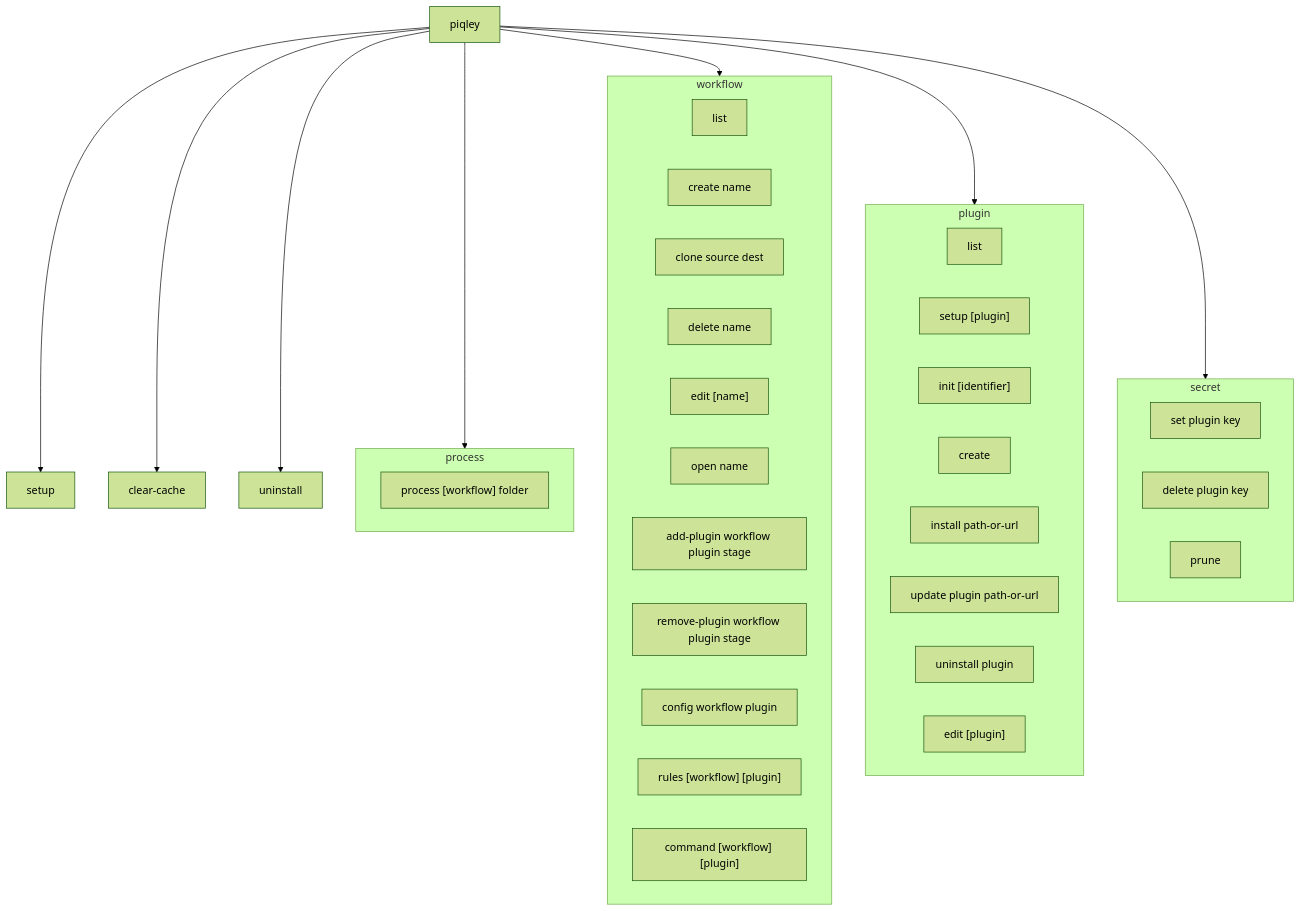
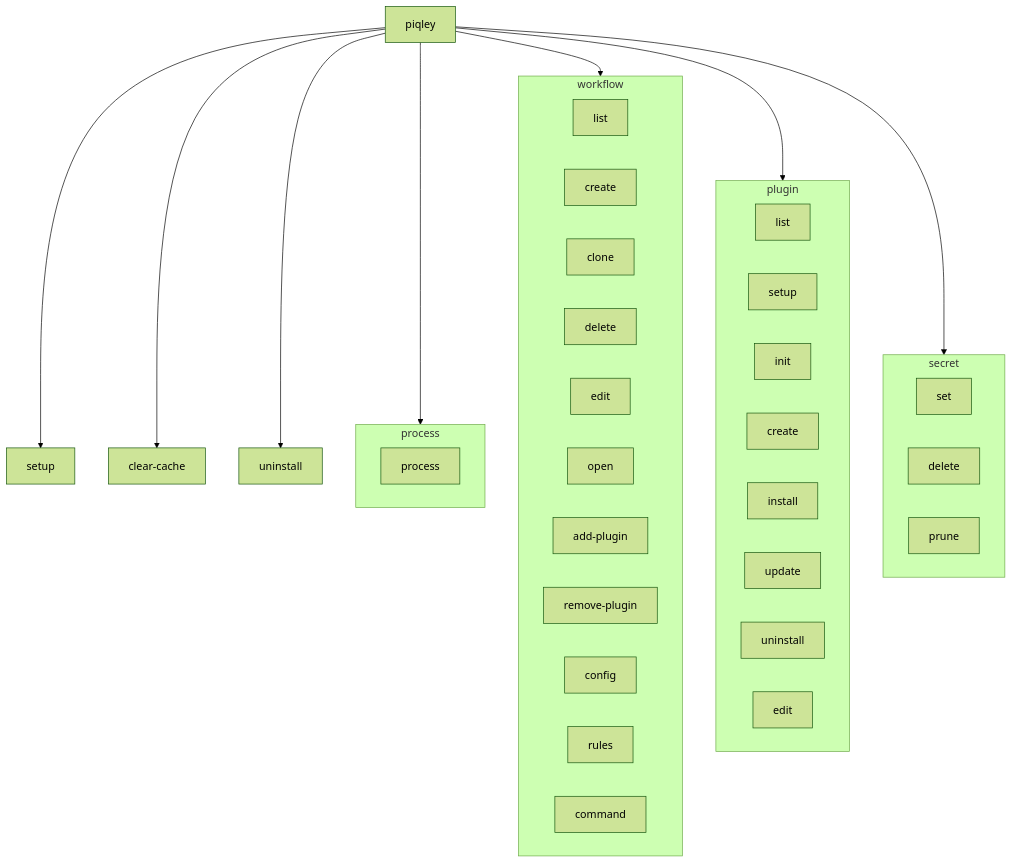
Before and after one commit to josephquigley/piqley-cli: the first of 3 diagrams in docs/architecture/cli-commands.md, drawn with Mermaid (forest theme). The commit also changed other lines of this file and 4 other files, not shown here.

First line of the commit message:
fix: shorten mermaid diagram labels to prevent clipping

````diff
--- a/docs/architecture/cli-commands.md
+++ b/docs/architecture/cli-commands.md
@@ -7,51 +7,51 @@
 ```mermaid
 graph TD
     piqley[piqley]
 
     subgraph process_group["process"]
-        process["process [workflow] folder"]
+        process["process"]
     end
 
     subgraph workflow_group["workflow"]
         wf_list["list"]
-        wf_create["create name"]
-        wf_clone["clone source dest"]
-        wf_delete["delete name"]
-        wf_edit["edit [name]"]
-        wf_open["open name"]
-        wf_add_plugin["add-plugin workflow plugin stage"]
-        wf_remove_plugin["remove-plugin workflow plugin stage"]
-        wf_config["config workflow plugin"]
-        wf_rules["rules [workflow] [plugin]"]
-        wf_command["command [workflow] [plugin]"]
+        wf_create["create"]
+        wf_clone["clone"]
+        wf_delete["delete"]
+        wf_edit["edit"]
+        wf_open["open"]
+        wf_add_plugin["add-plugin"]
+        wf_remove_plugin["remove-plugin"]
+        wf_config["config"]
+        wf_rules["rules"]
+        wf_command["command"]
     end
 
     subgraph plugin_group["plugin"]
         pl_list["list"]
-        pl_setup["setup [plugin]"]
-        pl_init["init [identifier]"]
+        pl_setup["setup"]
+        pl_init["init"]
         pl_create["create"]
-        pl_install["install path-or-url"]
-        pl_update["update plugin path-or-url"]
-        pl_uninstall["uninstall plugin"]
-        pl_edit["edit [plugin]"]
+        pl_install["install"]
+        pl_update["update"]
+        pl_uninstall["uninstall"]
+        pl_edit["edit"]
     end
 
     subgraph secret_group["secret"]
-        sec_set["set plugin key"]
-        sec_delete["delete plugin key"]
+        sec_set["set"]
+        sec_delete["delete"]
         sec_prune["prune"]
     end
 
     setup["setup"]
     clear_cache["clear-cache"]
     uninstall["uninstall"]
 
     piqley --> process_group
     piqley --> workflow_group
     piqley --> plugin_group
     piqley --> secret_group
     piqley --> setup
     piqley --> clear_cache
     piqley --> uninstall
 ```
````
